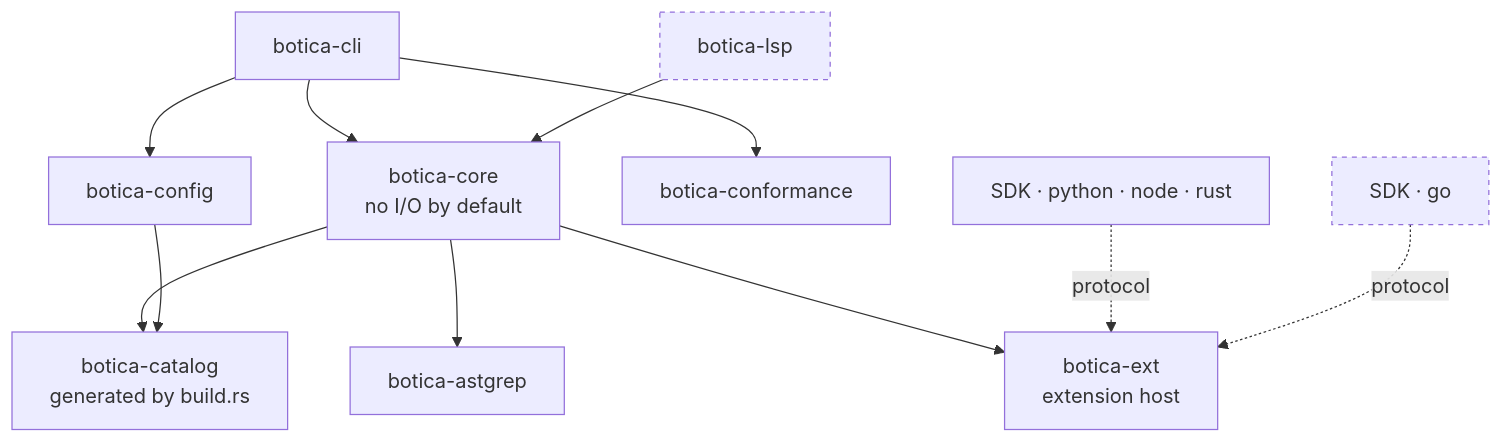
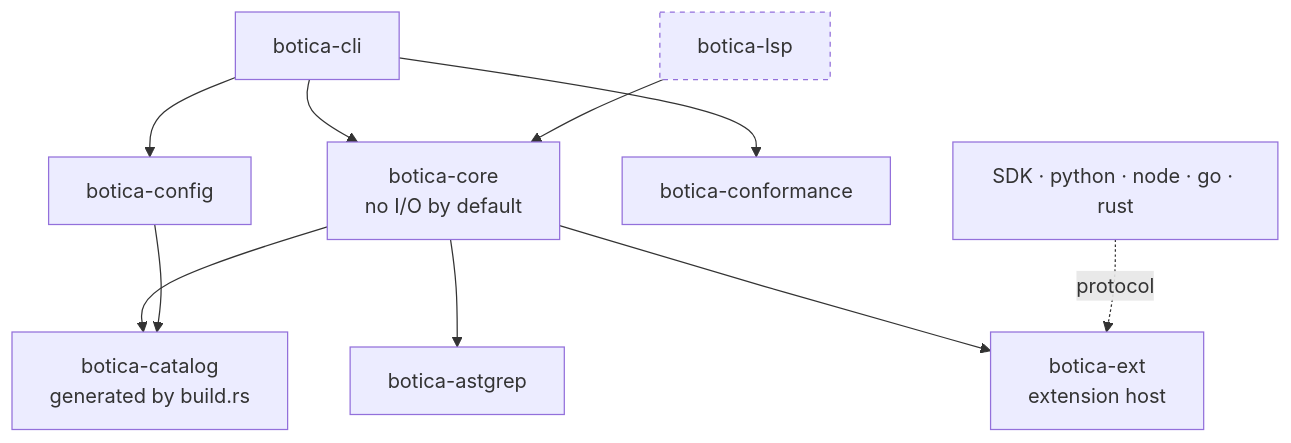
One commit to collectiveai-team/botica changed the second of 2 diagrams in docs/adr/0003-botica-lint-architecture.md. Above: the diagram before and after it, drawn with Mermaid. The commit also changed other lines of this file and 7 other files, not shown here.

````diff
--- a/docs/adr/0003-botica-lint-architecture.md
+++ b/docs/adr/0003-botica-lint-architecture.md
@@ -44,14 +44,13 @@
 ```mermaid
 flowchart TD
   cli[botica-cli] --> core
   cli --> config[botica-config]
   cli --> conformance[botica-conformance]
   lsp[botica-lsp]:::planned --> core
   core[botica-core<br/>no I/O by default] --> catalog[botica-catalog<br/>generated by build.rs]
   config --> catalog
   core --> astgrep[botica-astgrep]
   core --> ext[botica-ext<br/>extension host]
-  sdk[SDK · python · node · rust] -. protocol .-> ext
-  sdks[SDK · go]:::planned -. protocol .-> ext
+  sdk[SDK · python · node · go · rust] -. protocol .-> ext
   classDef planned stroke-dasharray: 4 4
 ```
````
